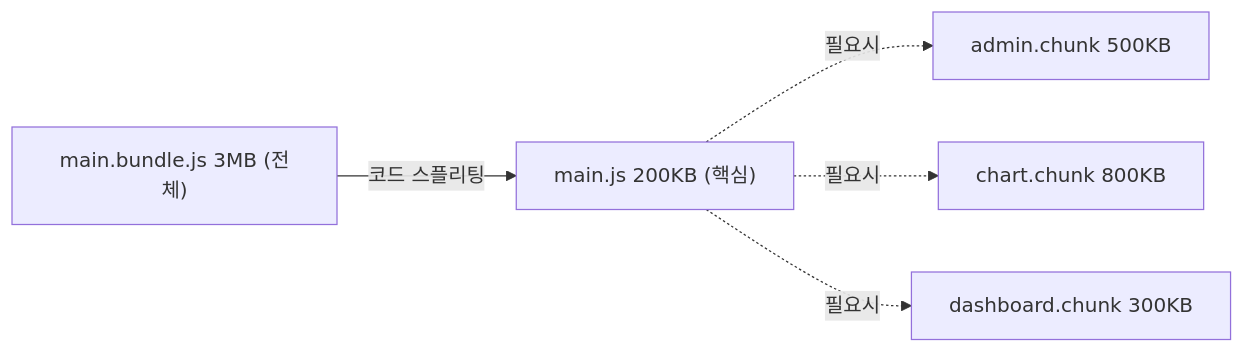
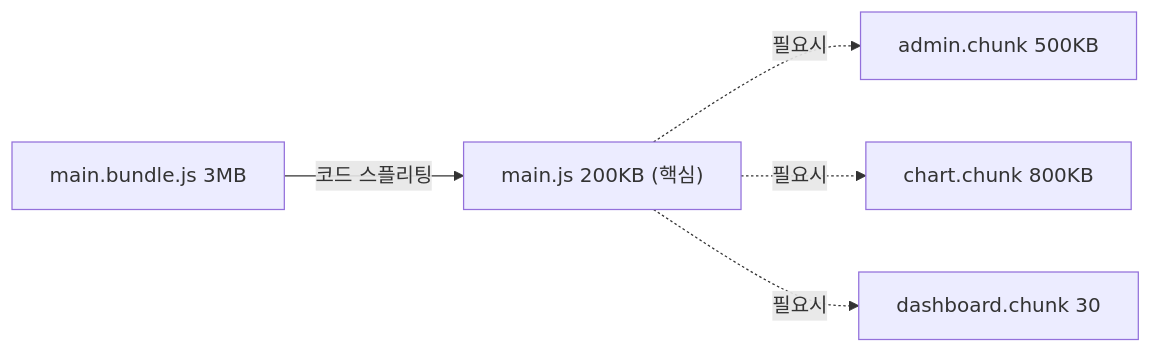
One commit to yjkim2015/yjkim2015.github.io changed the seventh of 8 diagrams in _posts/frontend/2026-05-01-frontend-architecture.md. Above: the diagram before and after it, drawn with Mermaid. The commit also changed other lines of this file and 271 other files, not shown here.

First line of the commit message:
Mermaid 라벨 축소: 긴 노드 텍스트 18자 이하로 트림 + \n 제거

````diff
--- a/_posts/frontend/2026-05-01-frontend-architecture.md
+++ b/_posts/frontend/2026-05-01-frontend-architecture.md
@@ -439,12 +439,12 @@
 ```mermaid
 flowchart LR
-    B1["main.bundle.js 3MB (전체)"]
+    B1["main.bundle.js 3MB"]
     B2["main.js 200KB (핵심)"]
     B3["admin.chunk 500KB"]
     B4["chart.chunk 800KB"]
-    B5["dashboard.chunk 300KB"]
+    B5["dashboard.chunk 30"]
     B1 -->|"코드 스플리팅"| B2
     B2 -.->|"필요시"| B3
     B2 -.->|"필요시"| B4
     B2 -.->|"필요시"| B5
 ```
````
